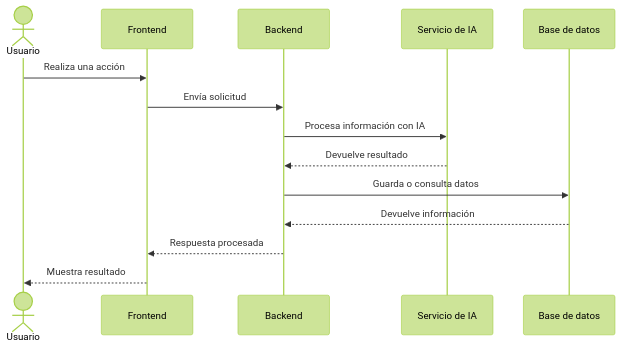
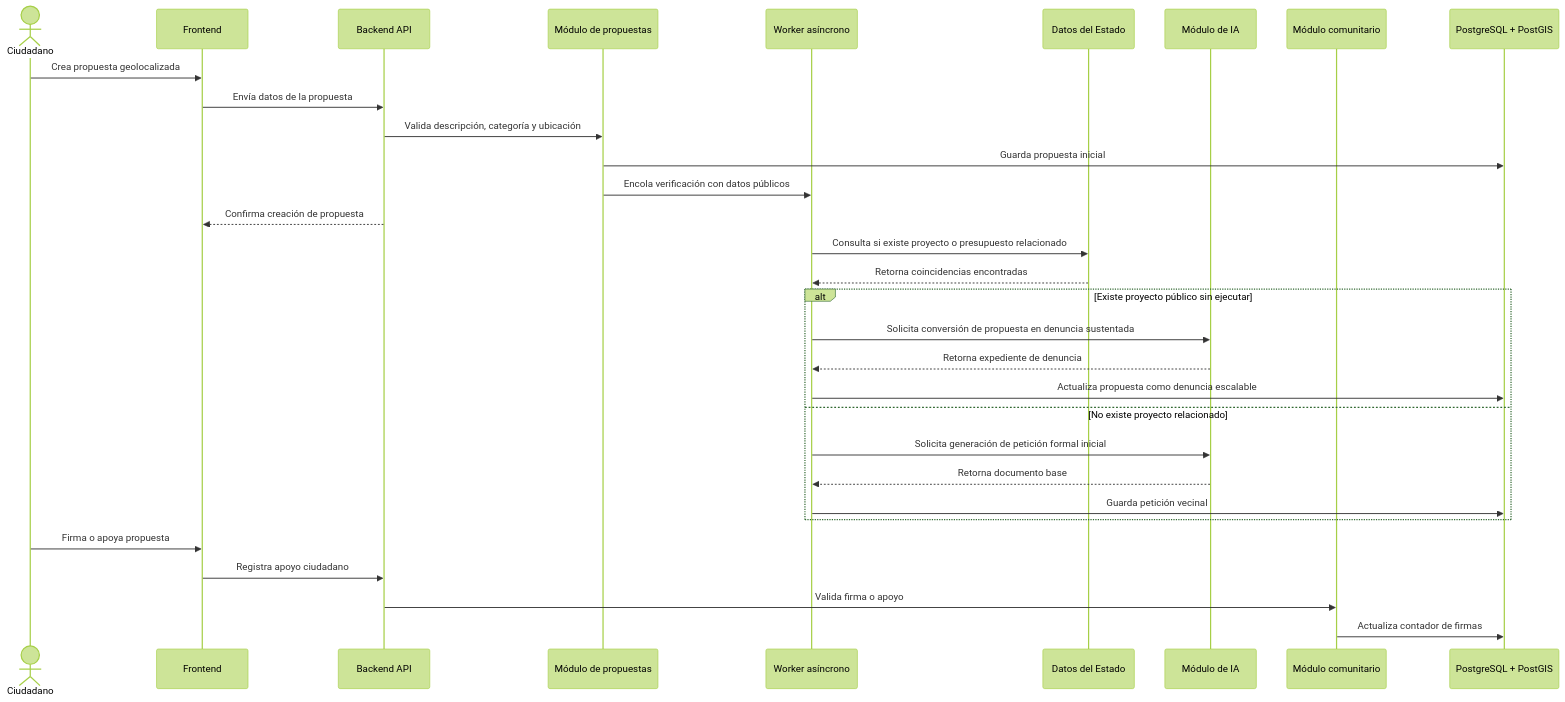
Before and after one commit to NeonStack-PUCP/ReportaPe: the third of 5 diagrams in docs/modules.md, drawn with Mermaid (forest theme). The commit also changed other lines of this file, not shown here.

````diff
--- a/docs/modules.md
+++ b/docs/modules.md
@@ -15,17 +114,37 @@
 ```mermaid
 sequenceDiagram
-    actor Usuario
+    actor Ciudadano
     participant Frontend
-    participant Backend
-    participant IA as Servicio de IA
-    participant DB as Base de datos
+    participant API as Backend API
+    participant Propuestas as Módulo de propuestas
+    participant Worker as Worker asíncrono
+    participant Estado as Datos del Estado
+    participant IA as Módulo de IA
+    participant Comunidad as Módulo comunitario
+    participant DB as PostgreSQL + PostGIS
 
-    Usuario->>Frontend: Realiza una acción
-    Frontend->>Backend: Envía solicitud
-    Backend->>IA: Procesa información con IA
-    IA-->>Backend: Devuelve resultado
-    Backend->>DB: Guarda o consulta datos
-    DB-->>Backend: Devuelve información
-    Backend-->>Frontend: Respuesta procesada
-    Frontend-->>Usuario: Muestra resultado
+    Ciudadano->>Frontend: Crea propuesta geolocalizada
+    Frontend->>API: Envía datos de la propuesta
+    API->>Propuestas: Valida descripción, categoría y ubicación
+    Propuestas->>DB: Guarda propuesta inicial
+    Propuestas->>Worker: Encola verificación con datos públicos
+    API-->>Frontend: Confirma creación de propuesta
+
+    Worker->>Estado: Consulta si existe proyecto o presupuesto relacionado
+    Estado-->>Worker: Retorna coincidencias encontradas
+
+    alt Existe proyecto público sin ejecutar
+        Worker->>IA: Solicita conversión de propuesta en denuncia sustentada
+        IA-->>Worker: Retorna expediente de denuncia
+        Worker->>DB: Actualiza propuesta como denuncia escalable
+    else No existe proyecto relacionado
+        Worker->>IA: Solicita generación de petición formal inicial
+        IA-->>Worker: Retorna documento base
+        Worker->>DB: Guarda petición vecinal
+    end
+
+    Ciudadano->>Frontend: Firma o apoya propuesta
+    Frontend->>API: Registra apoyo ciudadano
+    API->>Comunidad: Valida firma o apoyo
+    Comunidad->>DB: Actualiza contador de firmas
 ```
````
